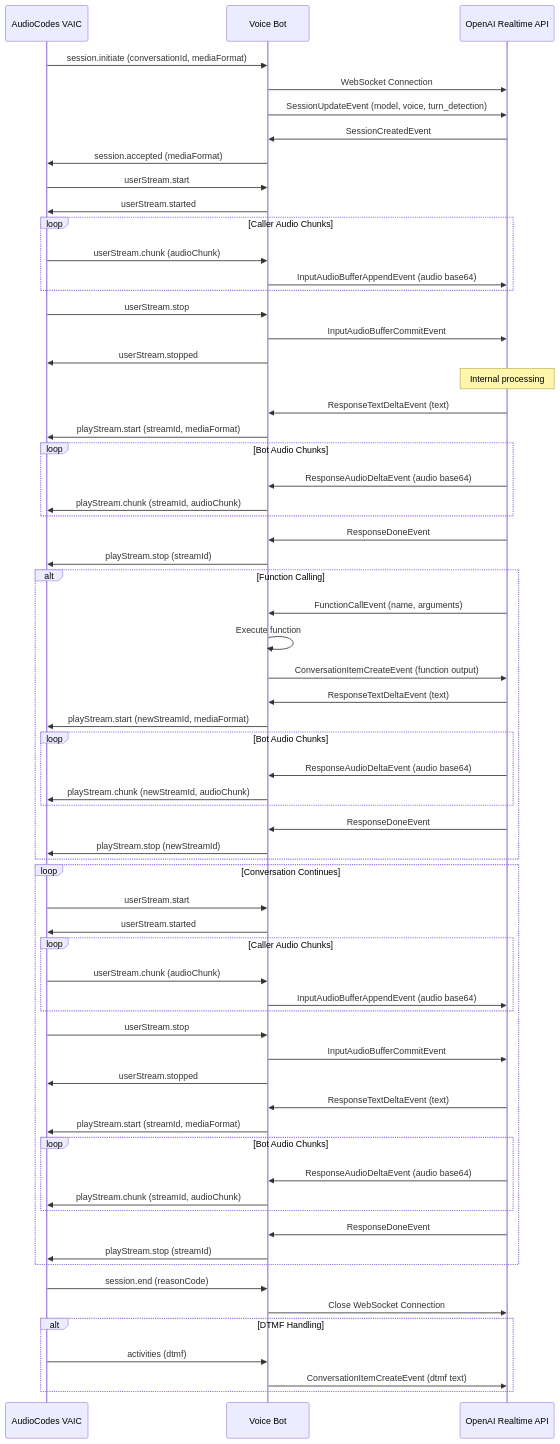
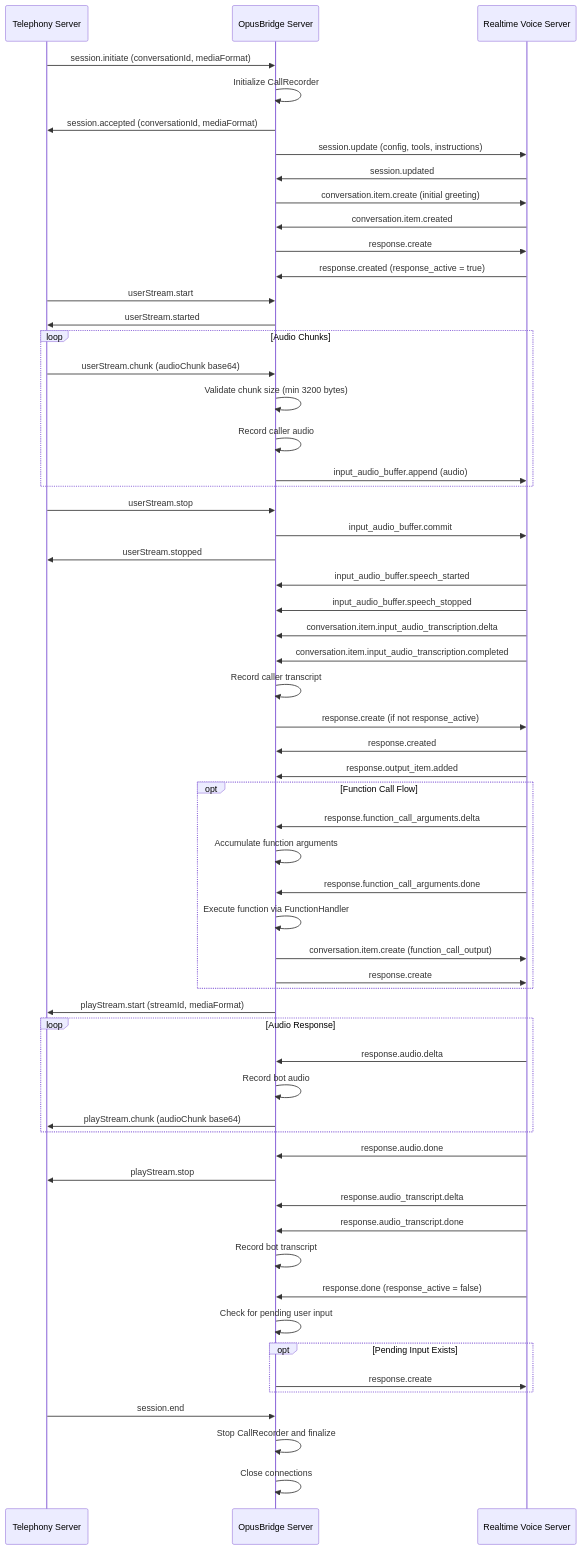
One commit to csmangum/opusagent changed the diagram in docs/callflow.md. Above: the diagram before and after it, drawn with Mermaid. The commit also changed other lines of this file, not shown here.

Commit message:
Refactor call flow documentation to update participant roles and streamline audio processing steps. Enhanced session initiation, audio streaming, and response generation sections for clarity and accuracy. Added details on error recovery and state management for improved understanding of the system's functionality.

````diff
--- a/docs/callflow.md
+++ b/docs/callflow.md
@@ -2,100 +1,79 @@
 ```mermaid
 sequenceDiagram
-    participant AC as AudioCodes VAIC
-    participant VB as Voice Bot
-    participant OAI as OpenAI Realtime API
+    participant AC as Telephony Server
+    participant TB as OpusBridge Server
+    participant OAI as Realtime Voice Server
 
-    %% Session Initialization
-    AC->>VB: session.initiate (conversationId, mediaFormat)
-    VB->>OAI: WebSocket Connection
-    VB->>OAI: SessionUpdateEvent (model, voice, turn_detection)
-    OAI->>VB: SessionCreatedEvent
-    VB->>AC: session.accepted (mediaFormat)
+    %% Session Initiation
+    AC->>TB: session.initiate (conversationId, mediaFormat)
+    TB->>TB: Initialize CallRecorder
+    TB->>AC: session.accepted (conversationId, mediaFormat)
+    TB->>OAI: session.update (config, tools, instructions)
+    OAI->>TB: session.updated
+    TB->>OAI: conversation.item.create (initial greeting)
+    OAI->>TB: conversation.item.created
+    TB->>OAI: response.create
+    OAI->>TB: response.created (response_active = true)
     
-    %% Audio Exchange Start
-    AC->>VB: userStream.start
-    VB->>AC: userStream.started
+    %% Audio Streaming Flow
+    AC->>TB: userStream.start
+    TB->>AC: userStream.started
+    loop Audio Chunks
+        AC->>TB: userStream.chunk (audioChunk base64)
+        TB->>TB: Validate chunk size (min 3200 bytes)
+        TB->>TB: Record caller audio
+        TB->>OAI: input_audio_buffer.append (audio)
+    end
+    AC->>TB: userStream.stop
+    TB->>OAI: input_audio_buffer.commit
+    TB->>AC: userStream.stopped
     
-    %% Audio Streaming (User to Bot)
-    loop Caller Audio Chunks
-        AC->>VB: userStream.chunk (audioChunk)
-        VB->>OAI: InputAudioBufferAppendEvent (audio base64)
+    %% Speech Detection & Transcription
+    OAI->>TB: input_audio_buffer.speech_started
+    OAI->>TB: input_audio_buffer.speech_stopped
+    OAI->>TB: conversation.item.input_audio_transcription.delta
+    OAI->>TB: conversation.item.input_audio_transcription.completed
+    TB->>TB: Record caller transcript
+    
+    %% AI Response Generation
+    TB->>OAI: response.create (if not response_active)
+    OAI->>TB: response.created
+    OAI->>TB: response.output_item.added
+    
+    %% Function Call Handling (if triggered)
+    opt Function Call Flow
+        OAI->>TB: response.function_call_arguments.delta
+        TB->>TB: Accumulate function arguments
+        OAI->>TB: response.function_call_arguments.done
+        TB->>TB: Execute function via FunctionHandler
+        TB->>OAI: conversation.item.create (function_call_output)
+        TB->>OAI: response.create
     end
     
-    %% User Turn End
-    AC->>VB: userStream.stop
-    VB->>OAI: InputAudioBufferCommitEvent
-    VB->>AC: userStream.stopped
+    %% Audio Response Flow
+    TB->>AC: playStream.start (streamId, mediaFormat)
+    loop Audio Response
+        OAI->>TB: response.audio.delta
+        TB->>TB: Record bot audio
+        TB->>AC: playStream.chunk (audioChunk base64)
+    end
+    OAI->>TB: response.audio.done
+    TB->>AC: playStream.stop
     
-    %% OpenAI Processing
-    Note over OAI: Internal processing
+    %% Transcript Handling
+    OAI->>TB: response.audio_transcript.delta
+    OAI->>TB: response.audio_transcript.done
+    TB->>TB: Record bot transcript
     
-    %% Bot Response
-    OAI->>VB: ResponseTextDeltaEvent (text)
-    
-    %% Audio Response
-    VB->>AC: playStream.start (streamId, mediaFormat)
-    
-    loop Bot Audio Chunks
-        OAI->>VB: ResponseAudioDeltaEvent (audio base64)
-        VB->>AC: playStream.chunk (streamId, audioChunk)
+    %% Response Completion
+    OAI->>TB: response.done (response_active = false)
+    TB->>TB: Check for pending user input
+    opt Pending Input Exists
+        TB->>OAI: response.create
     end
     
-    OAI->>VB: ResponseDoneEvent
-    VB->>AC: playStream.stop (streamId)
-    
-    %% Optional: Function Calling Flow
-    alt Function Calling
-        OAI->>VB: FunctionCallEvent (name, arguments)
-        VB->>VB: Execute function
-        VB->>OAI: ConversationItemCreateEvent (function output)
-        OAI->>VB: ResponseTextDeltaEvent (text)
-        
-        %% Resume Audio Response
-        VB->>AC: playStream.start (newStreamId, mediaFormat)
-        loop Bot Audio Chunks
-            OAI->>VB: ResponseAudioDeltaEvent (audio base64)
-            VB->>AC: playStream.chunk (newStreamId, audioChunk)
-        end
-        OAI->>VB: ResponseDoneEvent
-        VB->>AC: playStream.stop (newStreamId)
-    end
-    
-    %% Multi-Turn Conversation Loop
-    loop Conversation Continues
-        %% Next User Turn
-        AC->>VB: userStream.start
-        VB->>AC: userStream.started
-        
-        loop Caller Audio Chunks
-            AC->>VB: userStream.chunk (audioChunk)
-            VB->>OAI: InputAudioBufferAppendEvent (audio base64)
-        end
-        
-        AC->>VB: userStream.stop
-        VB->>OAI: InputAudioBufferCommitEvent
-        VB->>AC: userStream.stopped
-        
-        %% Next Bot Response
-        OAI->>VB: ResponseTextDeltaEvent (text)
-        VB->>AC: playStream.start (streamId, mediaFormat)
-        
-        loop Bot Audio Chunks
-            OAI->>VB: ResponseAudioDeltaEvent (audio base64)
-            VB->>AC: playStream.chunk (streamId, audioChunk)
-        end
-        
-        OAI->>VB: ResponseDoneEvent
-        VB->>AC: playStream.stop (streamId)
-    end
-    
-    %% Call Termination
-    AC->>VB: session.end (reasonCode)
-    VB->>OAI: Close WebSocket Connection
-    
-    %% Optional: DTMF Events
-    alt DTMF Handling
-        AC->>VB: activities (dtmf)
-        VB->>OAI: ConversationItemCreateEvent (dtmf text)
-    end
+    %% Session Termination
+    AC->>TB: session.end
+    TB->>TB: Stop CallRecorder and finalize
+    TB->>TB: Close connections
 ```
````
